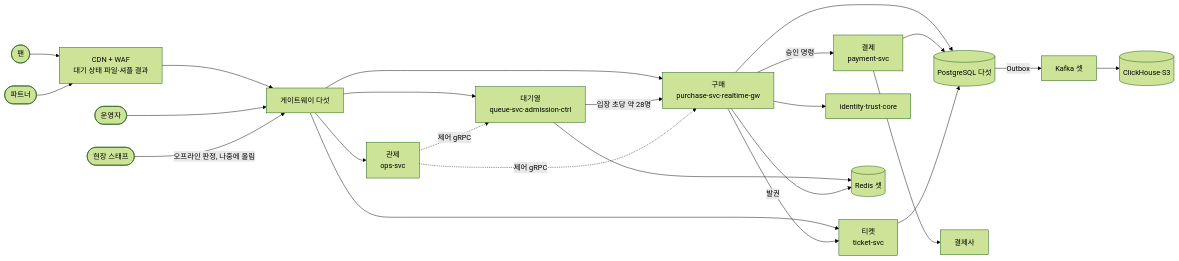
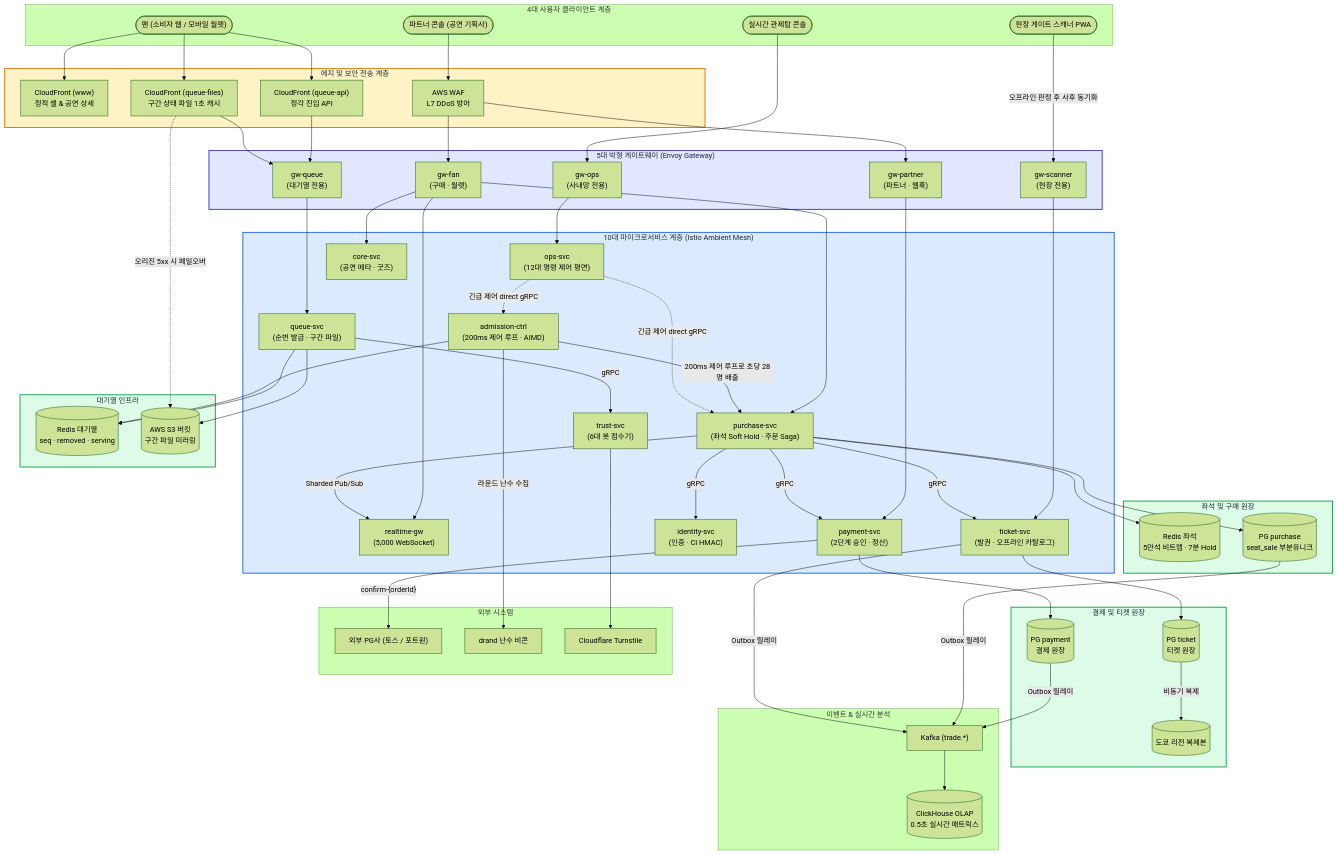
One commit to peaket/peaket changed diagram 18 of 18 in docs/walkthrough/01-system-design.md. Above: the diagram before and after it, drawn with Mermaid (forest theme). The commit also changed other lines of this file and 77 other files, not shown here.

````diff
--- a/docs/walkthrough/01-system-design.md
+++ b/docs/walkthrough/01-system-design.md
@@ -1474,43 +2354,124 @@
 ```mermaid
-flowchart LR
-    fan(["팬"])
-    partner(["파트너"])
-    opsu(["운영자"])
-    staff(["현장 스태프"])
-    edge["CDN + WAF<br/>대기 상태 파일·셔플 결과"]
-    gw["게이트웨이 다섯"]
-    queue["대기열<br/>queue-svc·admission-ctrl"]
-    buy["구매<br/>purchase-svc·realtime-gw"]
-    pay["결제<br/>payment-svc"]
-    ticket["티켓<br/>ticket-svc"]
-    side["identity·trust·core"]
-    control["관제<br/>ops-svc"]
-    redis[("Redis 셋")]
-    pg[("PostgreSQL 다섯")]
-    kafka["Kafka 셋"]
-    ch[("ClickHouse·S3")]
-    pgw["결제사"]
-    fan --> edge
-    partner --> edge
-    edge --> gw
-    opsu --> gw
-    staff -->|"오프라인 판정, 나중에 올림"| gw
-    gw --> queue
-    gw --> buy
-    gw --> ticket
-    gw --> control
-    queue -->|"입장 초당 약 28명"| buy
-    buy -->|"승인 명령"| pay
-    pay --> pgw
-    buy -->|"발권"| ticket
-    buy --> side
-    queue --> redis
-    buy --> redis
-    buy --> pg
-    pay --> pg
-    ticket --> pg
-    pg -->|"Outbox"| kafka
-    kafka --> ch
-    control -.->|"제어 gRPC"| queue
-    control -.->|"제어 gRPC"| buy
+flowchart TD
+    subgraph Clients["4대 사용자 클라이언트 계층"]
+        fan(["팬 (소비자 웹 / 모바일 월렛)"])
+        partner(["파트너 콘솔 (공연 기획사)"])
+        ops(["실시간 관제탑 콘솔"])
+        scanner(["현장 게이트 스캐너 PWA"])
+    end
+
+    subgraph EdgeTier["에지 및 보안 전송 계층"]
+        cfWww["CloudFront (www)<br/>정적 셸 & 공연 상세"]
+        cfQueue["CloudFront (queue-files)<br/>구간 상태 파일 1초 캐시"]
+        cfApi["CloudFront (queue-api)<br/>정각 진입 API"]
+        waf["AWS WAF<br/>L7 DDoS 방어"]
+    end
+
+    subgraph GatewayTier["5대 박형 게이트웨이 (Envoy Gateway)"]
+        gwq["gw-queue<br/>(대기열 전용)"]
+        gwf["gw-fan<br/>(구매 · 월렛)"]
+        gwp["gw-partner<br/>(파트너 · 웹훅)"]
+        gwo["gw-ops<br/>(사내망 전용)"]
+        gws["gw-scanner<br/>(현장 전용)"]
+    end
+
+    subgraph ServiceTier["10대 마이크로서비스 계층 (Istio Ambient Mesh)"]
+        qsvc["queue-svc<br/>(순번 발급 · 구간 파일)"]
+        adm["admission-ctrl<br/>(200ms 제어 루프 · AIMD)"]
+        pur["purchase-svc<br/>(좌석 Soft Hold · 주문 Saga)"]
+        rgw["realtime-gw<br/>(5,000 WebSocket)"]
+        pay["payment-svc<br/>(2단계 승인 · 정산)"]
+        tkt["ticket-svc<br/>(발권 · 오프라인 카탈로그)"]
+        idn["identity-svc<br/>(인증 · CI HMAC)"]
+        trust["trust-svc<br/>(6대 봇 점수기)"]
+        opsv["ops-svc<br/>(12대 명령 제어 평면)"]
+        core["core-svc<br/>(공연 메타 · 굿즈)"]
+    end
+
+    subgraph InfluxStorage["대기열 인프라"]
+        rq[("Redis 대기열<br/>seq · removed · serving")]
+        s3Queue[("AWS S3 버킷<br/>구간 파일 미러링")]
+    end
+
+    subgraph BookingStorage["좌석 및 구매 원장"]
+        rs[("Redis 좌석<br/>5만석 비트맵 · 7분 Hold")]
+        pgp[("PG purchase<br/>seat_sale 부분유니크")]
+    end
+
+    subgraph CoreStorage["결제 및 티켓 원장"]
+        pgy[("PG payment<br/>결제 원장")]
+        pgt[("PG ticket<br/>티켓 원장")]
+        tokyo[("도쿄 리전 복제본")]
+    end
+
+    subgraph MessageAnalytics["이벤트 & 실시간 분석"]
+        kTrade["Kafka (trade.*)"]
+        ch[("ClickHouse OLAP<br/>0.5초 실시간 매트릭스")]
+    end
+
+    subgraph Externals["외부 시스템"]
+        pgExt["외부 PG사 (토스 / 포트원)"]
+        drand["drand 난수 비콘"]
+        turnstile["Cloudflare Turnstile"]
+    end
+
+    fan --> cfWww
+    fan --> cfQueue
+    fan --> cfApi
+    partner --> waf
+    ops --> gwo
+    scanner -->|"오프라인 판정 후 사후 동기화"| gws
+
+    cfApi --> gwq
+    cfQueue -.->|"오리진 5xx 시 페일오버"| s3Queue
+    cfQueue --> gwq
+    waf --> gwf
+    waf --> gwp
+
+    gwq --> qsvc
+    gwf --> pur
+    gwf --> rgw
+    gwf --> core
+    gwp --> pay
+    gws --> tkt
+    gwo --> opsv
+
+    qsvc --> rq
+    adm --> rq
+    adm -->|"라운드 난수 수집"| drand
+    qsvc --> s3Queue
+    qsvc -->|"gRPC"| trust
+    trust --> turnstile
+
+    adm -->|"200ms 제어 루프로 초당 28명 배출"| pur
+    pur --> rs
+    pur --> pgp
+    pur -->|"gRPC"| pay
+    pur -->|"gRPC"| tkt
+    pur -->|"gRPC"| idn
+    pur -->|"Sharded Pub/Sub"| rgw
+
+    pay --> pgy
+    pay -->|"confirm-{orderId}"| pgExt
+    tkt --> pgt
+    pgt -->|"비동기 복제"| tokyo
+
+    pgp -->|"Outbox 릴레이"| kTrade
+    pgy -->|"Outbox 릴레이"| kTrade
+    tkt -->|"Outbox 릴레이"| kTrade
+    kTrade --> ch
+
+    opsv -.->|"긴급 제어 direct gRPC"| adm
+    opsv -.->|"긴급 제어 direct gRPC"| pur
+
+    classDef edge fill:#fef3c7,stroke:#d97706,stroke-width:2px,color:#1f2937
+    classDef gw fill:#e0e7ff,stroke:#4338ca,stroke-width:2px,color:#1f2937
+    classDef svc fill:#dbeafe,stroke:#2563eb,stroke-width:2px,color:#1f2937
+    classDef store fill:#dcfce7,stroke:#16a34a,stroke-width:2px,color:#1f2937
+    class EdgeTier edge
+    class GatewayTier gw
+    class ServiceTier svc
+    class InfluxStorage store
+    class BookingStorage store
+    class CoreStorage store
 ```
````
